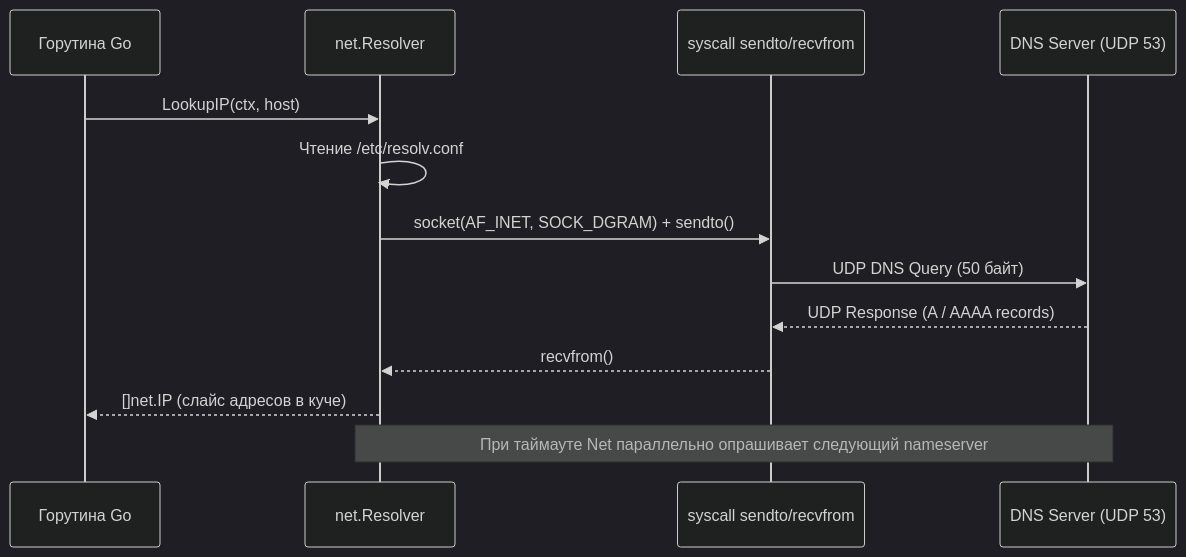
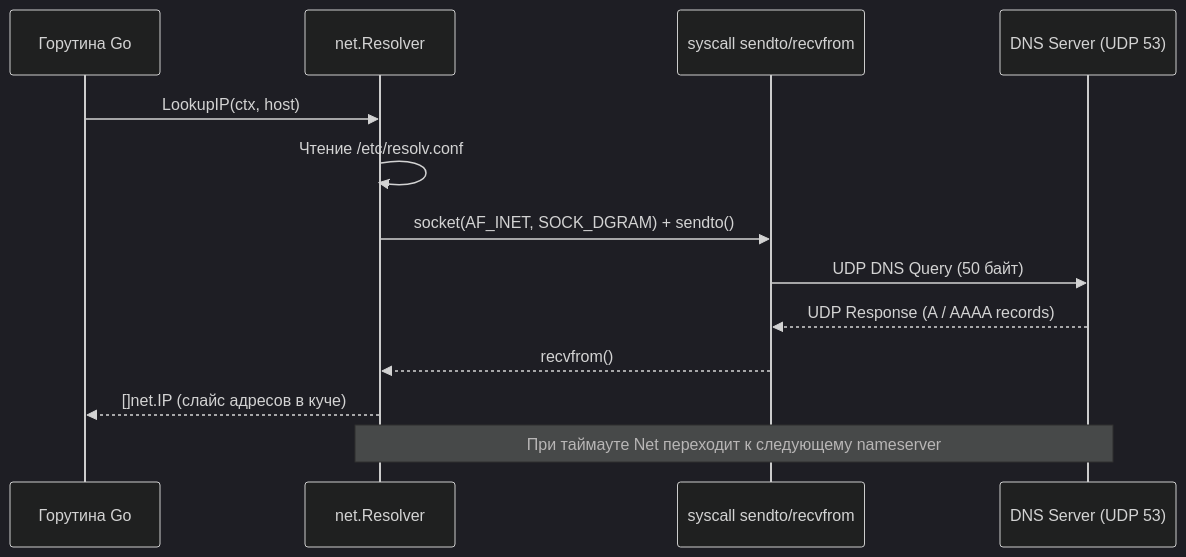
The third of 3 diagrams in sources/2. Устройство и работа ОС/51. DNS глазами ОС и libc.md (UnrealTemplier/go-textbook-ru), drawn with Mermaid (dark theme) before and after one commit. The commit also changed other lines of this file and 59 other files, not shown here.

````diff
--- a/sources/2. Устройство и работа ОС/51. DNS глазами ОС и libc.md
+++ b/sources/2. Устройство и работа ОС/51. DNS глазами ОС и libc.md
@@ -207,16 +205,16 @@
 ```mermaid
 sequenceDiagram
     participant G as Горутина Go
     participant Net as net.Resolver
     participant Sys as syscall sendto/recvfrom
     participant DNS as DNS Server (UDP 53)
 
     G->>Net: LookupIP(ctx, host)
     Net->>Net: Чтение /etc/resolv.conf
     Net->>Sys: socket(AF_INET, SOCK_DGRAM) + sendto()
     Sys->>DNS: UDP DNS Query (50 байт)
     DNS-->>Sys: UDP Response (A / AAAA records)
     Sys-->>Net: recvfrom()
     Net-->>G: []net.IP (слайс адресов в куче)
-    Note over Net,DNS: При таймауте Net параллельно опрашивает следующий nameserver
+    Note over Net,DNS: При таймауте Net переходит к следующему nameserver
 ```
````
